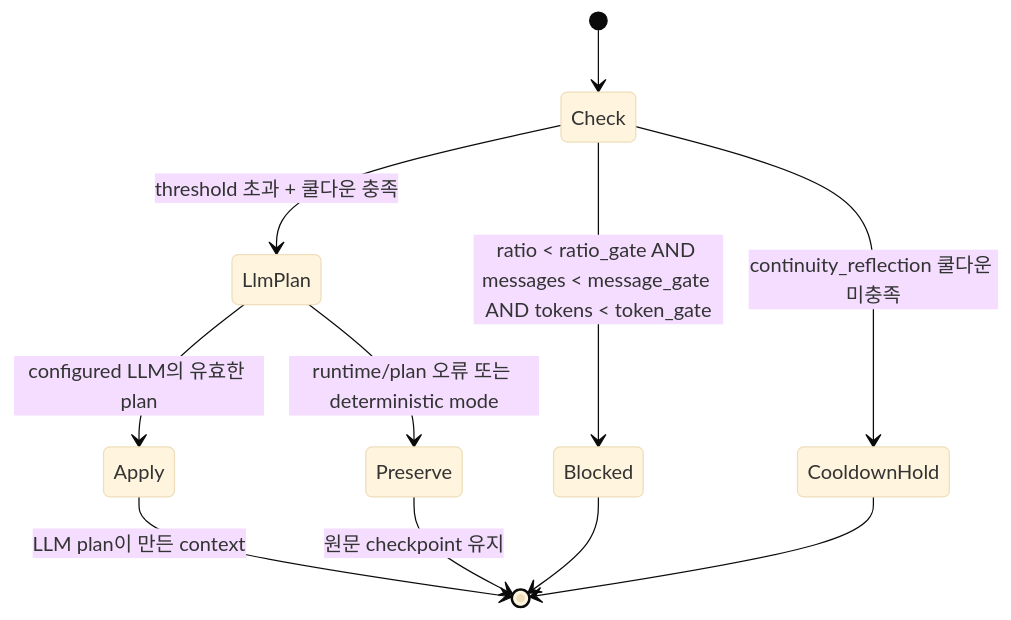
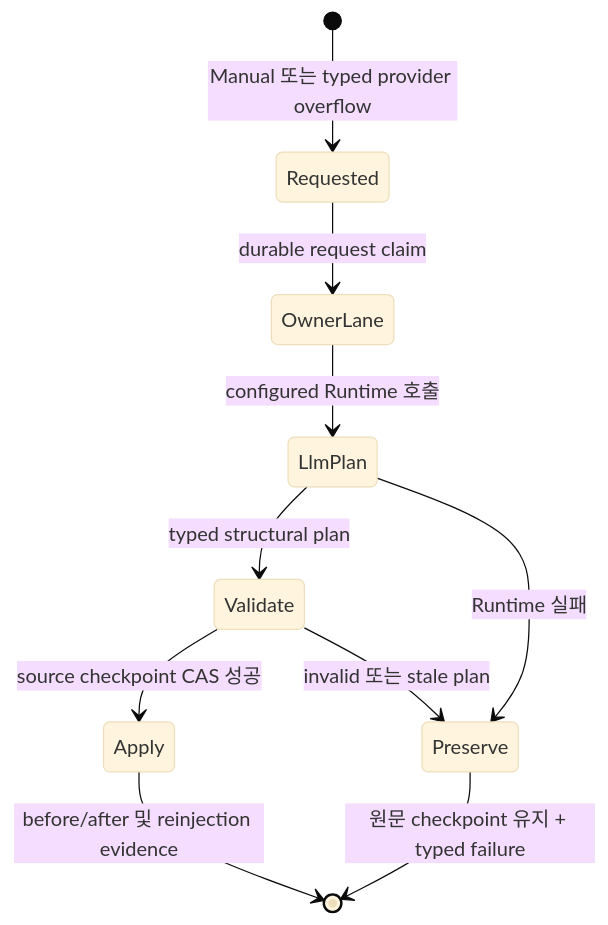
The fourth of 4 diagrams in docs/spec/05-keeper-agent.md (jeong-sik/masc), drawn with Mermaid (base theme) before and after one commit. The commit also changed other lines of this file and 57 other files, not shown here.

````diff
--- a/docs/spec/05-keeper-agent.md
+++ b/docs/spec/05-keeper-agent.md
@@ -231,13 +231,12 @@
 ```mermaid
 stateDiagram-v2
-  [*] --> Check
-  Check --> Blocked : ratio < ratio_gate AND messages < message_gate AND tokens < token_gate
-  Check --> CooldownHold : continuity_reflection 쿨다운 미충족
-  Check --> LlmPlan : threshold 초과 + 쿨다운 충족
-  LlmPlan --> Apply : configured LLM의 유효한 plan
-  LlmPlan --> Preserve : runtime/plan 오류 또는 deterministic mode
-  Apply --> [*] : LLM plan이 만든 context
-  Preserve --> [*] : 원문 checkpoint 유지
-  Blocked --> [*]
-  CooldownHold --> [*]
+  [*] --> Requested : Manual 또는 typed provider overflow
+  Requested --> OwnerLane : durable request claim
+  OwnerLane --> LlmPlan : configured Runtime 호출
+  LlmPlan --> Validate : typed structural plan
+  Validate --> Apply : source checkpoint CAS 성공
+  Validate --> Preserve : invalid 또는 stale plan
+  LlmPlan --> Preserve : Runtime 실패
+  Apply --> [*] : before/after 및 reinjection evidence
+  Preserve --> [*] : 원문 checkpoint 유지 + typed failure
 ```
````
